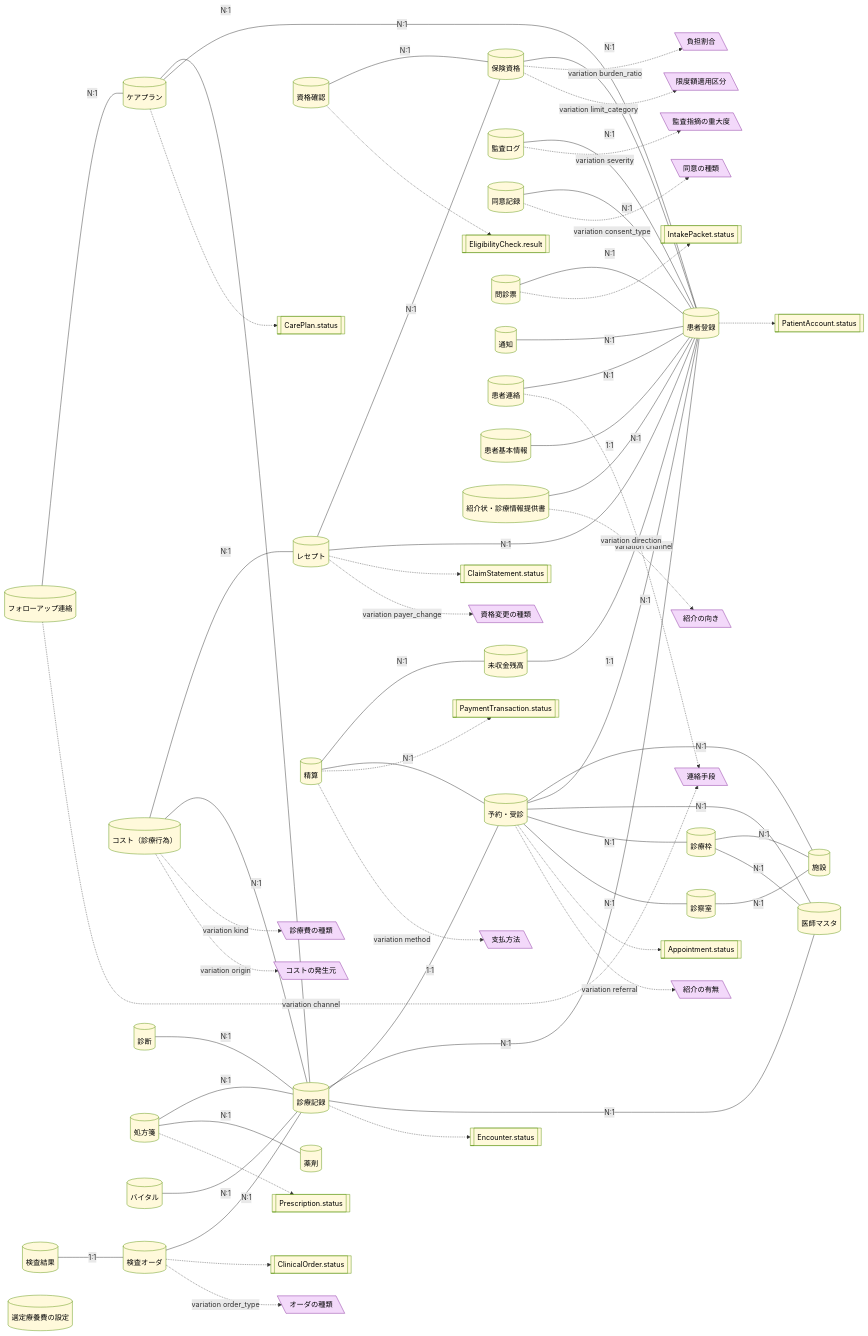
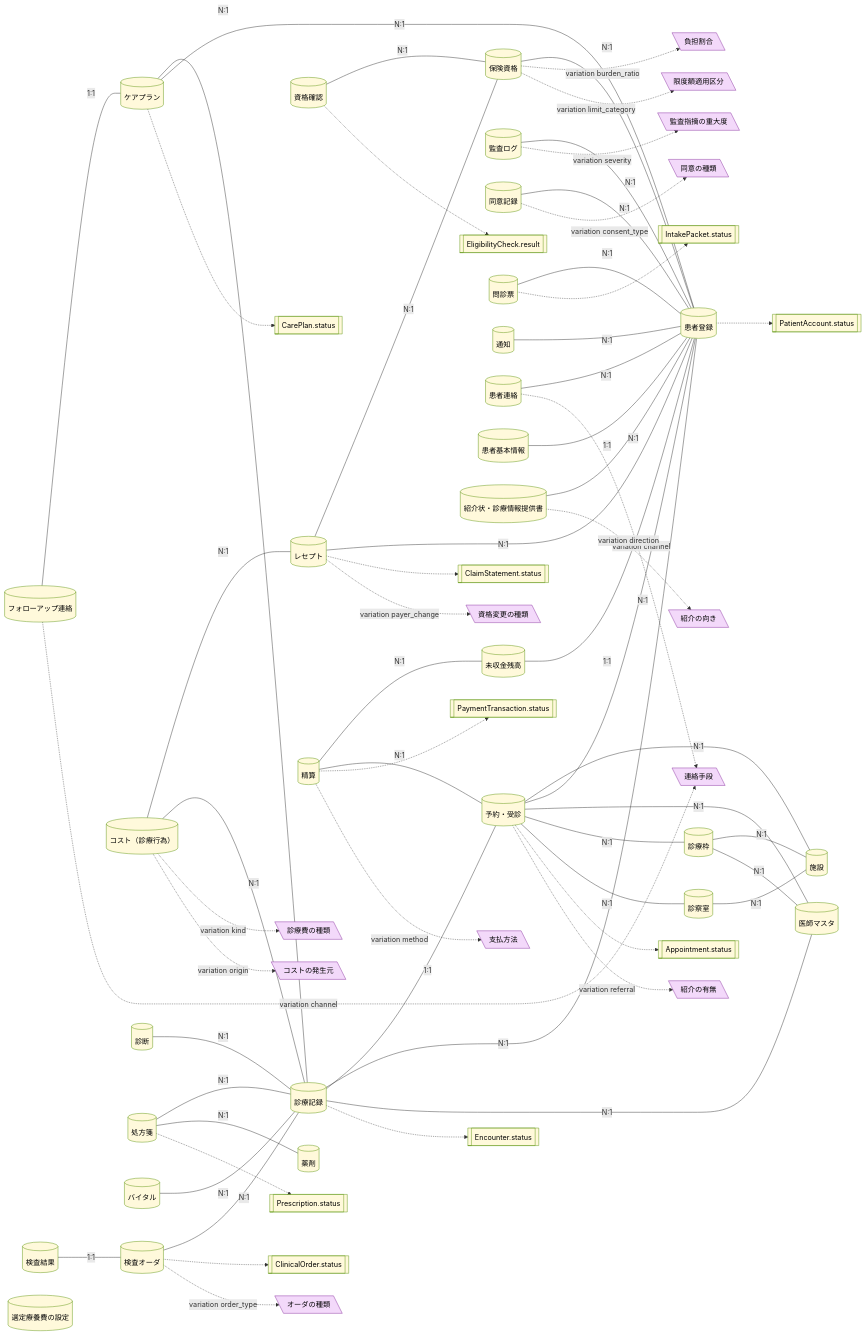
Before and after one commit to manji-0/rdra-ish-dsl: the diagram in samples/clinic-ops/out/information.mmd, drawn with Mermaid. The commit also changed 13 other files, not shown here.

First line of the commit message:
fix(samples): one follow-up message per open care plan

```diff
--- a/samples/clinic-ops/out/information.mmd
+++ b/samples/clinic-ops/out/information.mmd
@@ -1,117 +1,117 @@
 %% rdra-ish diagram=information scope=whole model=samples/clinic-ops
 %% kinds: entity statemodel variation
 %% omitted: columns adr constraint usecase screen field api condition
 flowchart LR
   entity__AccountBalance[("未収金残高")]:::entity
   entity__Appointment[("予約・受診")]:::entity
   entity__AuditEvent[("監査ログ")]:::entity
   entity__CarePlan[("ケアプラン")]:::entity
   entity__Charge[("コスト（診療行為）")]:::entity
   entity__ClaimStatement[("レセプト")]:::entity
   entity__ClinicLocation[("施設")]:::entity
   entity__ClinicalOrder[("検査オーダ")]:::entity
   entity__ConsentRecord[("同意記録")]:::entity
   entity__Diagnosis[("診断")]:::entity
   entity__EligibilityCheck[("資格確認")]:::entity
   entity__Encounter[("診療記録")]:::entity
   entity__FollowUpMessage[("フォローアップ連絡")]:::entity
   entity__InsurancePolicy[("保険資格")]:::entity
   entity__IntakePacket[("問診票")]:::entity
   entity__LabResult[("検査結果")]:::entity
   entity__Medication[("薬剤")]:::entity
   entity__Notification[("通知")]:::entity
   entity__PatientAccount[("患者登録")]:::entity
   entity__PatientMessage[("患者連絡")]:::entity
   entity__PatientProfile[("患者基本情報")]:::entity
   entity__PaymentTransaction[("精算")]:::entity
   entity__Prescription[("処方箋")]:::entity
   entity__Provider[("医師マスタ")]:::entity
   entity__ProviderSchedule[("診療枠")]:::entity
   entity__ReferralLetter[("紹介状・診療情報提供書")]:::entity
   entity__Room[("診察室")]:::entity
   entity__SelectedTreatmentFeeSetting[("選定療養費の設定")]:::entity
   entity__VitalSign[("バイタル")]:::entity
   statemodel__Appointment_status[["Appointment.status"]]:::statemodel
   statemodel__CarePlan_status[["CarePlan.status"]]:::statemodel
   statemodel__ClaimStatement_status[["ClaimStatement.status"]]:::statemodel
   statemodel__ClinicalOrder_status[["ClinicalOrder.status"]]:::statemodel
   statemodel__EligibilityCheck_result[["EligibilityCheck.result"]]:::statemodel
   statemodel__Encounter_status[["Encounter.status"]]:::statemodel
   statemodel__IntakePacket_status[["IntakePacket.status"]]:::statemodel
   statemodel__PatientAccount_status[["PatientAccount.status"]]:::statemodel
   statemodel__PaymentTransaction_status[["PaymentTransaction.status"]]:::statemodel
   statemodel__Prescription_status[["Prescription.status"]]:::statemodel
   variation__AuditSeverity[\"監査指摘の重大度"\]:::variation
   variation__BurdenRatio[\"負担割合"\]:::variation
   variation__ChargeKind[\"診療費の種類"\]:::variation
   variation__ChargeOrigin[\"コストの発生元"\]:::variation
   variation__ConsentType[\"同意の種類"\]:::variation
   variation__LimitCategory[\"限度額適用区分"\]:::variation
   variation__MessageChannel[\"連絡手段"\]:::variation
   variation__OrderType[\"オーダの種類"\]:::variation
   variation__PayerChange[\"資格変更の種類"\]:::variation
   variation__PaymentMethod[\"支払方法"\]:::variation
   variation__ReferralCategory[\"紹介の有無"\]:::variation
   variation__ReferralDirection[\"紹介の向き"\]:::variation
   entity__AccountBalance ---|1:1| entity__PatientAccount
   entity__Appointment ---|N:1| entity__ClinicLocation
   entity__Appointment ---|N:1| entity__PatientAccount
   entity__Appointment ---|N:1| entity__Provider
   entity__Appointment ---|N:1| entity__ProviderSchedule
   entity__Appointment ---|N:1| entity__Room
   entity__Appointment -.-> statemodel__Appointment_status
   entity__Appointment -.->|variation referral| variation__ReferralCategory
   entity__AuditEvent ---|N:1| entity__PatientAccount
   entity__AuditEvent -.->|variation severity| variation__AuditSeverity
   entity__CarePlan ---|N:1| entity__Encounter
   entity__CarePlan ---|N:1| entity__PatientAccount
   entity__CarePlan -.-> statemodel__CarePlan_status
   entity__Charge ---|N:1| entity__ClaimStatement
   entity__Charge ---|N:1| entity__Encounter
   entity__Charge -.->|variation kind| variation__ChargeKind
   entity__Charge -.->|variation origin| variation__ChargeOrigin
   entity__ClaimStatement ---|N:1| entity__InsurancePolicy
   entity__ClaimStatement ---|N:1| entity__PatientAccount
   entity__ClaimStatement -.-> statemodel__ClaimStatement_status
   entity__ClaimStatement -.->|variation payer_change| variation__PayerChange
   entity__ClinicalOrder ---|N:1| entity__Encounter
   entity__ClinicalOrder -.-> statemodel__ClinicalOrder_status
   entity__ClinicalOrder -.->|variation order_type| variation__OrderType
   entity__ConsentRecord ---|N:1| entity__PatientAccount
   entity__ConsentRecord -.->|variation consent_type| variation__ConsentType
   entity__Diagnosis ---|N:1| entity__Encounter
   entity__EligibilityCheck ---|N:1| entity__InsurancePolicy
   entity__EligibilityCheck -.-> statemodel__EligibilityCheck_result
   entity__Encounter ---|1:1| entity__Appointment
   entity__Encounter ---|N:1| entity__PatientAccount
   entity__Encounter ---|N:1| entity__Provider
   entity__Encounter -.-> statemodel__Encounter_status
-  entity__FollowUpMessage ---|N:1| entity__CarePlan
+  entity__FollowUpMessage ---|1:1| entity__CarePlan
   entity__FollowUpMessage -.->|variation channel| variation__MessageChannel
   entity__InsurancePolicy ---|N:1| entity__PatientAccount
   entity__InsurancePolicy -.->|variation burden_ratio| variation__BurdenRatio
   entity__InsurancePolicy -.->|variation limit_category| variation__LimitCategory
   entity__IntakePacket ---|N:1| entity__PatientAccount
   entity__IntakePacket -.-> statemodel__IntakePacket_status
   entity__LabResult ---|1:1| entity__ClinicalOrder
   entity__Notification ---|N:1| entity__PatientAccount
   entity__PatientAccount -.-> statemodel__PatientAccount_status
   entity__PatientMessage ---|N:1| entity__PatientAccount
   entity__PatientMessage -.->|variation channel| variation__MessageChannel
   entity__PatientProfile ---|1:1| entity__PatientAccount
   entity__PaymentTransaction ---|N:1| entity__AccountBalance
   entity__PaymentTransaction ---|N:1| entity__Appointment
   entity__PaymentTransaction -.-> statemodel__PaymentTransaction_status
   entity__PaymentTransaction -.->|variation method| variation__PaymentMethod
   entity__Prescription ---|N:1| entity__Encounter
   entity__Prescription ---|N:1| entity__Medication
   entity__Prescription -.-> statemodel__Prescription_status
   entity__ProviderSchedule ---|N:1| entity__ClinicLocation
   entity__ProviderSchedule ---|N:1| entity__Provider
   entity__ReferralLetter ---|N:1| entity__PatientAccount
   entity__ReferralLetter -.->|variation direction| variation__ReferralDirection
   entity__Room ---|N:1| entity__ClinicLocation
   entity__VitalSign ---|N:1| entity__Encounter
   classDef entity fill:#fff9db,stroke:#5c940d,color:#000;
   classDef statemodel fill:#fff9db,stroke:#5c940d,color:#000;
   classDef variation fill:#f3d9fa,stroke:#862e9c,color:#000;
```
